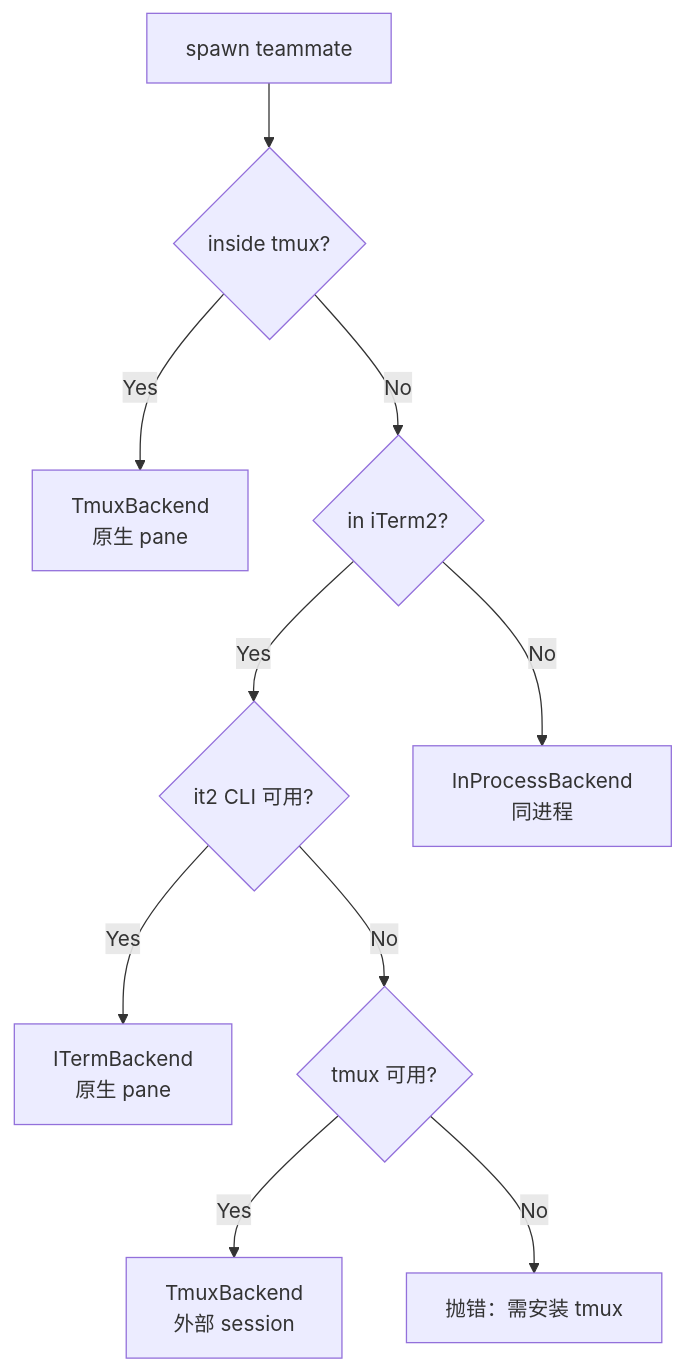
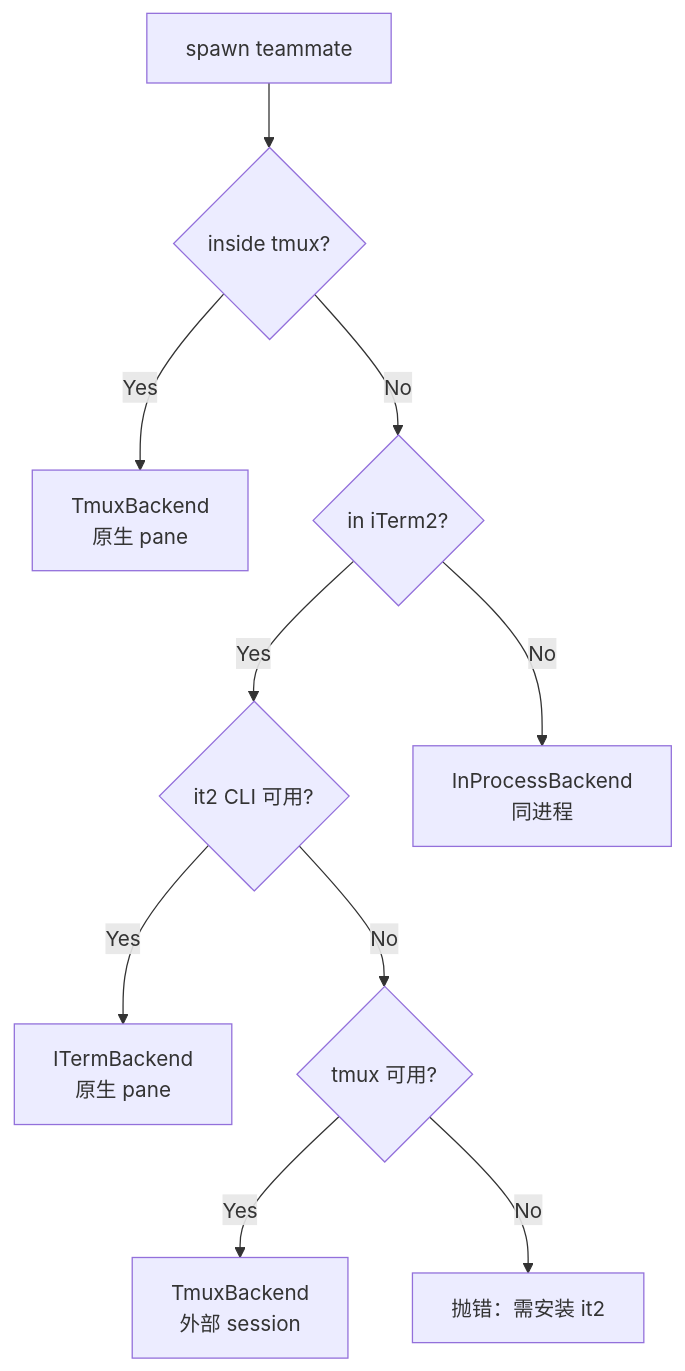
The first of 2 diagrams in claudecode/05-agents.md (Shakl0ne/agentsrc), drawn with Mermaid before and after one commit. The commit also changed other lines of this file and 32 other files, not shown here.

Commit message:
docs(claudecode): restructure series to 8 chapters, rewrite ch3-ch8 with hand-drawn SVG diagrams

````diff
--- a/claudecode/05-agents.md
+++ b/claudecode/05-agents.md
@@ -590,12 +444,12 @@
 ```mermaid
 flowchart TD
     A[spawn teammate] --> B{inside tmux?}
     B -->|Yes| C[TmuxBackend<br/>原生 pane]
     B -->|No| D{in iTerm2?}
     D -->|Yes| E{it2 CLI 可用?}
     E -->|Yes| F[ITermBackend<br/>原生 pane]
     E -->|No| G{tmux 可用?}
     G -->|Yes| H[TmuxBackend<br/>外部 session]
-    G -->|No| I[抛错：需安装 tmux]
+    G -->|No| I[抛错：需安装 it2]
     D -->|No| J[InProcessBackend<br/>同进程]
 ```
````
